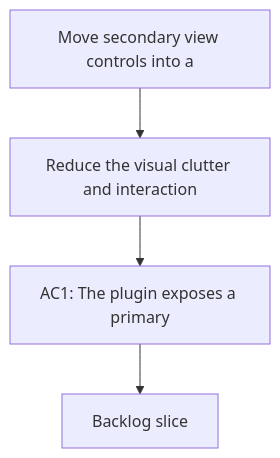
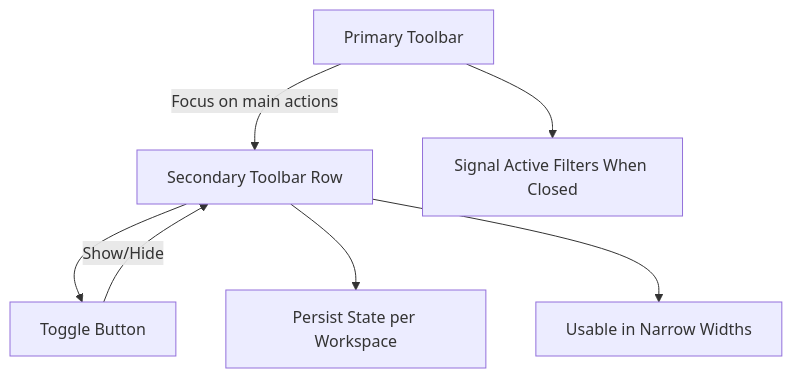
Before and after one commit to AlexAgo83/logics-manager: the diagram in logics/request/req_045_move_secondary_view_controls_into_a_toggleable_second_toolbar_row.md, drawn with Mermaid. The commit also changed other lines of this file and 54 other files, not shown here.

````diff
--- a/logics/request/req_045_move_secondary_view_controls_into_a_toggleable_second_toolbar_row.md
+++ b/logics/request/req_045_move_secondary_view_controls_into_a_toggleable_second_toolbar_row.md
@@ -10,8 +10,11 @@
 ```mermaid
 %% logics-kind: request
 %% logics-signature: request|move-secondary-view-controls-into-a-togg|reduce-the-visual-clutter-and-interactio|ac1-the-plugin-exposes-a-primary
 flowchart TD
-    Trigger[Move secondary view controls into a] --> Need[Reduce the visual clutter and interaction]
-    Need --> Outcome[AC1: The plugin exposes a primary]
-    Outcome --> Backlog[Backlog slice]
+    A[Primary Toolbar] -->|Focus on main actions| B[Secondary Toolbar Row]
+    B --> C[Toggle Button]
+    C -->|Show/Hide| B
+    B --> D[Persist State per Workspace]
+    B --> E[Usable in Narrow Widths]
+    A --> F[Signal Active Filters When Closed]
 ```
````
